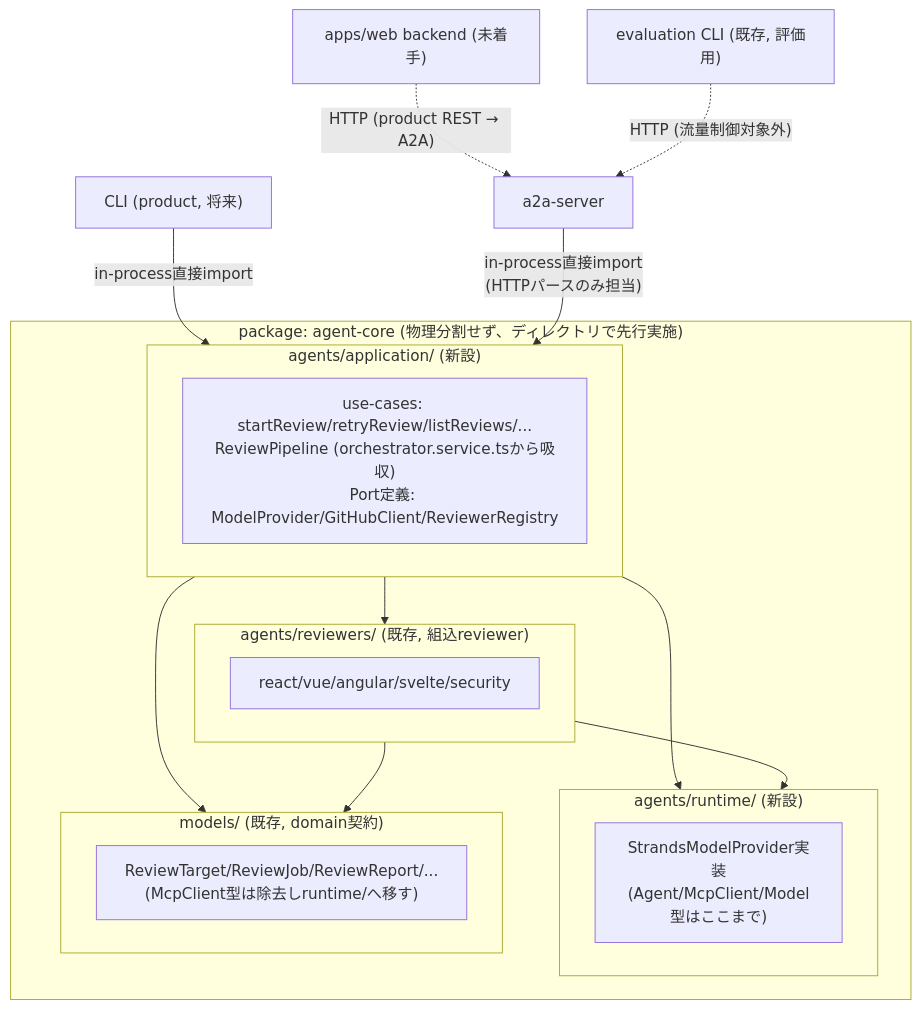
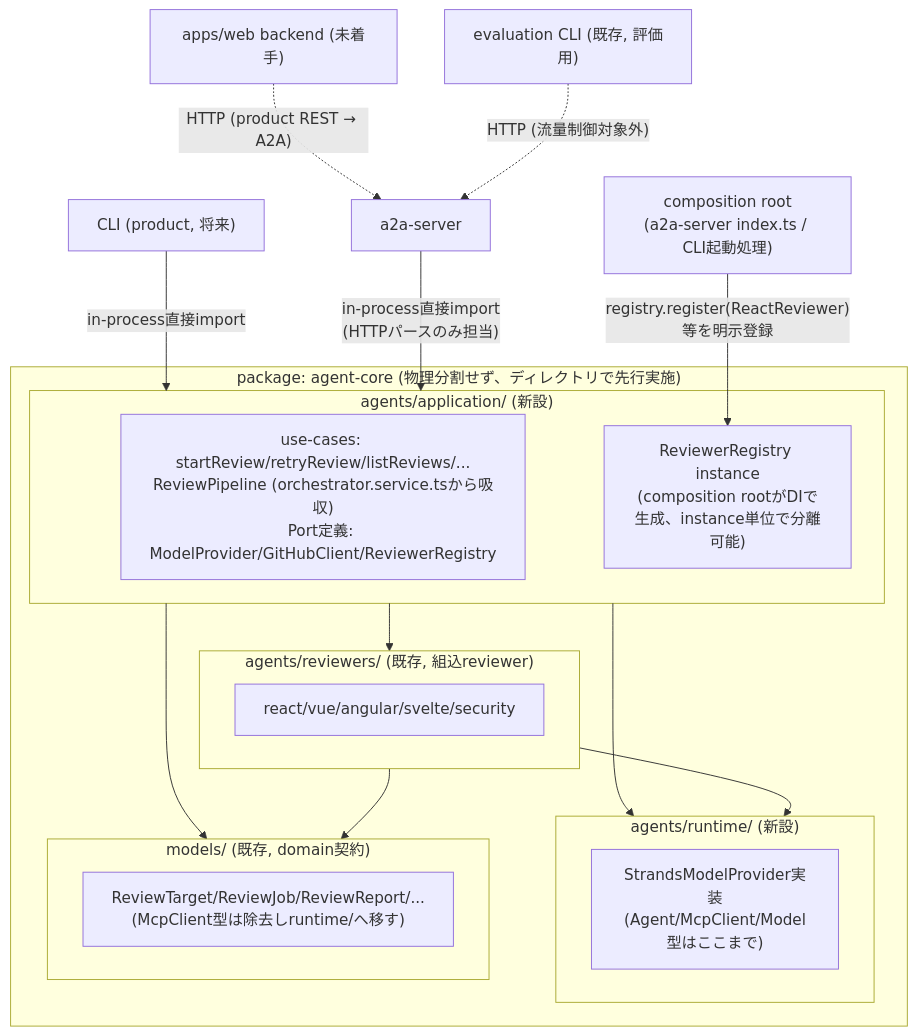
Before and after one commit to kuju63/code-review-agents: the third of 6 diagrams in docs/adr/0008-core-extension-boundaries.md, drawn with Mermaid. The commit also changed other lines of this file, not shown here.

````diff
--- a/docs/adr/0008-core-extension-boundaries.md
+++ b/docs/adr/0008-core-extension-boundaries.md
@@ -312,26 +211,28 @@
 ```mermaid
 flowchart TB
     subgraph AC["package: agent-core (物理分割せず、ディレクトリで先行実施)"]
         subgraph APPDIR["agents/application/ (新設)"]
             UC3["use-cases: startReview/retryReview/listReviews/...<br/>ReviewPipeline (orchestrator.service.tsから吸収)<br/>Port定義: ModelProvider/GitHubClient/ReviewerRegistry"]
+            REGISTRY2["ReviewerRegistry instance<br/>(composition rootがDIで生成、instance単位で分離可能)"]
         end
         subgraph RUNTIMEDIR["agents/runtime/ (新設)"]
             RT["StrandsModelProvider実装<br/>(Agent/McpClient/Model型はここまで)"]
         end
         subgraph REVDIR["agents/reviewers/ (既存, 組込reviewer)"]
             REV["react/vue/angular/svelte/security"]
         end
         subgraph MODELDIR["models/ (既存, domain契約)"]
             MOD["ReviewTarget/ReviewJob/ReviewReport/...<br/>(McpClient型は除去しruntime/へ移す)"]
         end
         APPDIR --> MODELDIR
         APPDIR --> RUNTIMEDIR
         APPDIR --> REVDIR
         REVDIR --> RUNTIMEDIR
         REVDIR --> MODELDIR
     end
+    BOOT["composition root<br/>(a2a-server index.ts / CLI起動処理)"] -->|"registry.register(ReactReviewer)等を明示登録"| REGISTRY2
     CLI4["CLI (product, 将来)"] -->|"in-process直接import"| APPDIR
     A2ASV["a2a-server"] -->|"in-process直接import<br/>(HTTPパースのみ担当)"| APPDIR
     WEBBACK["apps/web backend (未着手)"] -.->|"HTTP (product REST → A2A)"| A2ASV
     EVALCLI["evaluation CLI (既存, 評価用)"] -.->|"HTTP (流量制御対象外)"| A2ASV
 ```
````
